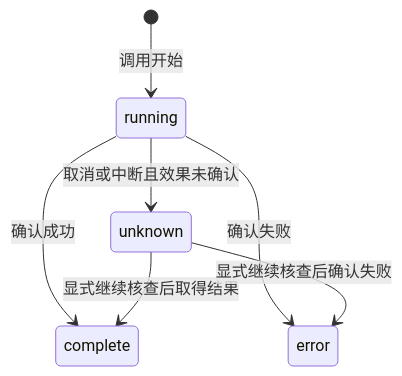
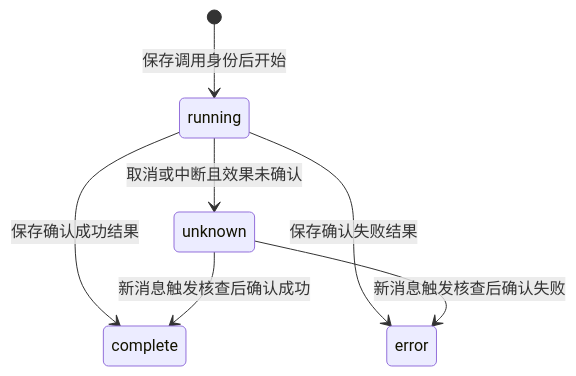
One commit to leike0813/Scholoom changed the third of 4 diagrams in openspec/specs/agent-harness/spec.md. Above: the diagram before and after it, drawn with Mermaid. The commit also changed other lines of this file and 305 other files, not shown here.

Commit message:
refactor: migrate runtime architecture

````diff
--- a/openspec/specs/agent-harness/spec.md
+++ b/openspec/specs/agent-harness/spec.md
@@ -67,9 +98,9 @@
 ```mermaid
 stateDiagram-v2
-  [*] --> running: 调用开始
-  running --> complete: 确认成功
-  running --> error: 确认失败
+  [*] --> running: 保存调用身份后开始
+  running --> complete: 保存确认成功结果
+  running --> error: 保存确认失败结果
   running --> unknown: 取消或中断且效果未确认
-  unknown --> complete: 显式继续核查后取得结果
-  unknown --> error: 显式继续核查后确认失败
+  unknown --> complete: 新消息触发核查后确认成功
+  unknown --> error: 新消息触发核查后确认失败
 ```
````
